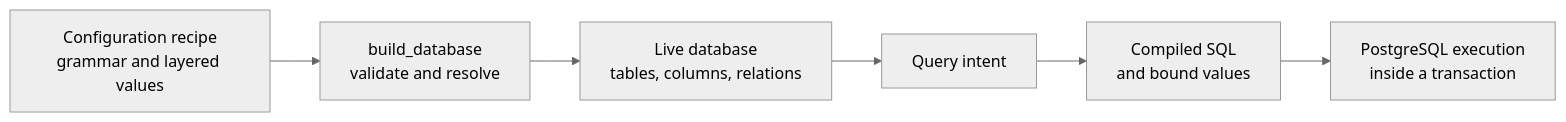
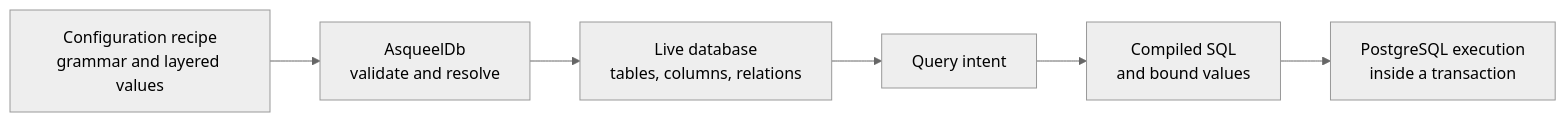
The diagram in docs/guide/concepts.md (asqueel-org/asqueel), drawn with Mermaid (neutral theme) before and after one commit. The commit also changed other lines of this file and 21 other files, not shown here.

First line of the commit message:
feat: expose AsqueelDb as the direct database entry point

````diff
--- a/docs/guide/concepts.md
+++ b/docs/guide/concepts.md
@@ -19,8 +19,8 @@
 ```mermaid
 flowchart LR
-    A["Configuration recipe<br/>grammar and layered values"] --> B["build_database<br/>validate and resolve"]
+    A["Configuration recipe<br/>grammar and layered values"] --> B["AsqueelDb<br/>validate and resolve"]
     B --> C["Live database<br/>tables, columns, relations"]
     C --> D["Query intent"]
     D --> E["Compiled SQL<br/>and bound values"]
     E --> F["PostgreSQL execution<br/>inside a transaction"]
 ```
````
